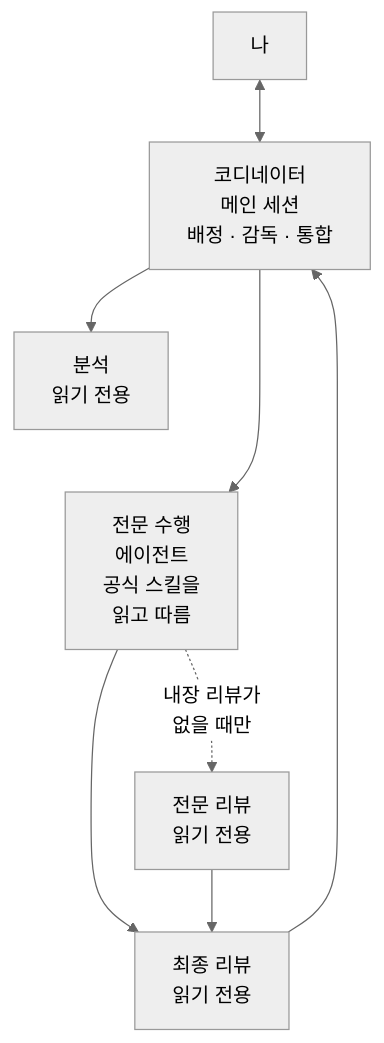
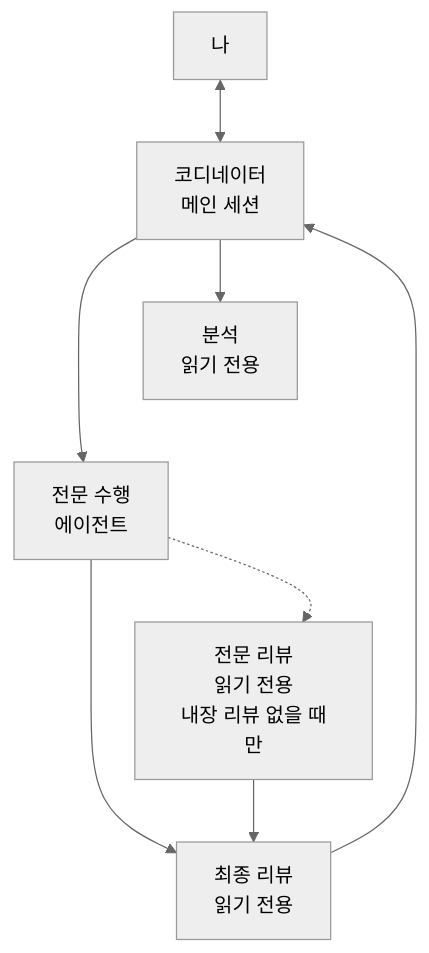
Before and after one commit to roadkwon-ai/pro-kit: the diagram in handbook/concepts/agent-roles.md, drawn with Mermaid (neutral theme). The commit also changed other lines of this file and 50 other files, not shown here.

````diff
--- a/handbook/concepts/agent-roles.md
+++ b/handbook/concepts/agent-roles.md
@@ -12,16 +12,19 @@
 ```mermaid
 ---
 config:
   flowchart:
     wrappingWidth: 130
 ---
 flowchart TB
-  ME["나"] <--> CO["코디네이터<br/>메인 세션<br/>배정 · 감독 · 통합"]
+  accTitle: 역할 구성
+  accDescr: 나는 코디네이터와 주고받아요. 코디네이터가 분석과 전문 수행 에이전트에 일을 맡기고, 전문 수행 에이전트의 결과는 최종 리뷰로 가요. 점선은 내장 리뷰가 없을 때만 거치는 전문 리뷰이고, 최종 리뷰 결과는 코디네이터로 돌아와요.
+  ME["나"] <--> CO["코디네이터<br/>메인 세션"]
   CO --> AN["분석<br/>읽기 전용"]
+  CO --> IM["전문 수행<br/>에이전트"]
   AN ~~~ IM
-  CO --> IM["전문 수행<br/>에이전트<br/>공식 스킬을<br/>읽고 따름"]
+  AN ~~~ SR
   IM --> FR["최종 리뷰<br/>읽기 전용"]
-  IM -.->|"내장 리뷰가<br/>없을 때만"| SR["전문 리뷰<br/>읽기 전용"]
+  IM -.-> SR["전문 리뷰<br/>읽기 전용<br/>내장 리뷰 없을 때만"]
   SR --> FR
   FR --> CO
 ```
````
